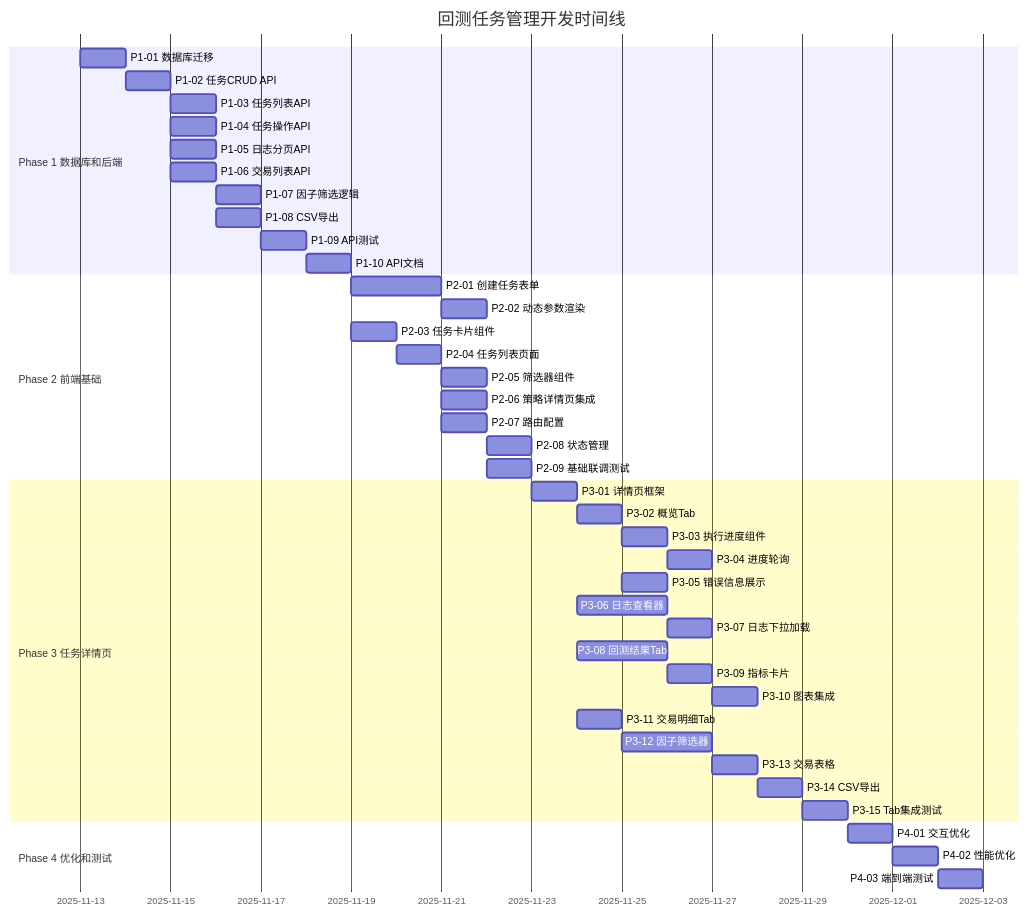
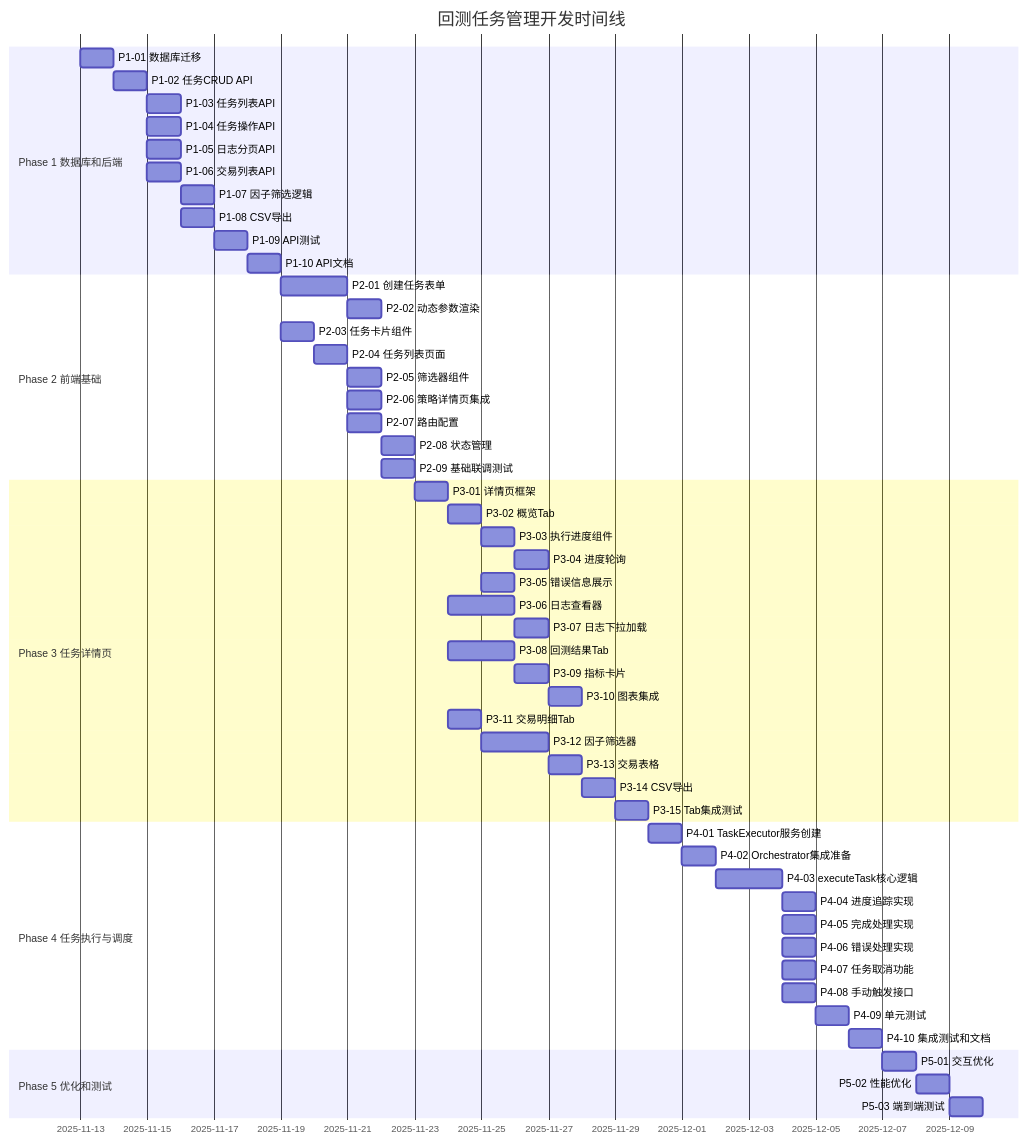
One commit to undefinedZNN/trading-analysis-platform changed the first of 2 diagrams in docs/prd/backtesting-strategy-management/backtest-task-management/tasks/DASHBOARD.md. Above: the diagram before and after it, drawn with Mermaid. The commit also changed other lines of this file and 8 other files, not shown here.

````diff
--- a/docs/prd/backtesting-strategy-management/backtest-task-management/tasks/DASHBOARD.md
+++ b/docs/prd/backtesting-strategy-management/backtest-task-management/tasks/DASHBOARD.md
@@ -26,50 +27,62 @@
 ```mermaid
 gantt
     title 回测任务管理开发时间线
     dateFormat YYYY-MM-DD
     
     section Phase 1 数据库和后端
     P1-01 数据库迁移          :p1-01, 2025-11-13, 1d
     P1-02 任务CRUD API       :p1-02, after p1-01, 1d
     P1-03 任务列表API         :p1-03, after p1-02, 1d
     P1-04 任务操作API         :p1-04, after p1-02, 1d
     P1-05 日志分页API         :p1-05, after p1-02, 1d
     P1-06 交易列表API         :p1-06, after p1-02, 1d
     P1-07 因子筛选逻辑        :p1-07, after p1-06, 1d
     P1-08 CSV导出            :p1-08, after p1-06, 1d
     P1-09 API测试            :p1-09, after p1-08, 1d
     P1-10 API文档            :p1-10, after p1-09, 1d
     
     section Phase 2 前端基础
     P2-01 创建任务表单        :p2-01, after p1-10, 2d
     P2-02 动态参数渲染        :p2-02, after p2-01, 1d
     P2-03 任务卡片组件        :p2-03, after p1-10, 1d
     P2-04 任务列表页面        :p2-04, after p2-03, 1d
     P2-05 筛选器组件          :p2-05, after p2-04, 1d
     P2-06 策略详情页集成      :p2-06, after p2-04, 1d
     P2-07 路由配置            :p2-07, after p2-01, 1d
     P2-08 状态管理            :p2-08, after p2-07, 1d
     P2-09 基础联调测试        :p2-09, after p2-06, 1d
     
     section Phase 3 任务详情页
     P3-01 详情页框架          :p3-01, after p2-09, 1d
     P3-02 概览Tab            :p3-02, after p3-01, 1d
     P3-03 执行进度组件        :p3-03, after p3-02, 1d
     P3-04 进度轮询            :p3-04, after p3-03, 1d
     P3-05 错误信息展示        :p3-05, after p3-02, 1d
     P3-06 日志查看器          :p3-06, after p3-01, 2d
     P3-07 日志下拉加载        :p3-07, after p3-06, 1d
     P3-08 回测结果Tab        :p3-08, after p3-01, 2d
     P3-09 指标卡片            :p3-09, after p3-08, 1d
     P3-10 图表集成            :p3-10, after p3-09, 1d
     P3-11 交易明细Tab        :p3-11, after p3-01, 1d
     P3-12 因子筛选器          :p3-12, after p3-11, 2d
     P3-13 交易表格            :p3-13, after p3-12, 1d
     P3-14 CSV导出            :p3-14, after p3-13, 1d
     P3-15 Tab集成测试        :p3-15, after p3-14, 1d
     
-    section Phase 4 优化和测试
-    P4-01 交互优化            :p4-01, after p3-15, 1d
-    P4-02 性能优化            :p4-02, after p4-01, 1d
-    P4-03 端到端测试          :p4-03, after p4-02, 1d
+    section Phase 4 任务执行与调度
+    P4-01 TaskExecutor服务创建 :p4-01, after p3-15, 0.5d
+    P4-02 Orchestrator集成准备 :p4-02, after p4-01, 0.5d
+    P4-03 executeTask核心逻辑  :p4-03, after p4-02, 2d
+    P4-04 进度追踪实现         :p4-04, after p4-03, 0.5d
+    P4-05 完成处理实现         :p4-05, after p4-03, 1d
+    P4-06 错误处理实现         :p4-06, after p4-03, 0.5d
+    P4-07 任务取消功能         :p4-07, after p4-03, 0.5d
+    P4-08 手动触发接口         :p4-08, after p4-03, 0.5d
+    P4-09 单元测试             :p4-09, after p4-08, 1d
+    P4-10 集成测试和文档       :p4-10, after p4-09, 1d
+    
+    section Phase 5 优化和测试
+    P5-01 交互优化             :p5-01, after p4-10, 1d
+    P5-02 性能优化             :p5-02, after p5-01, 1d
+    P5-03 端到端测试           :p5-03, after p5-02, 1d
 ```
````
